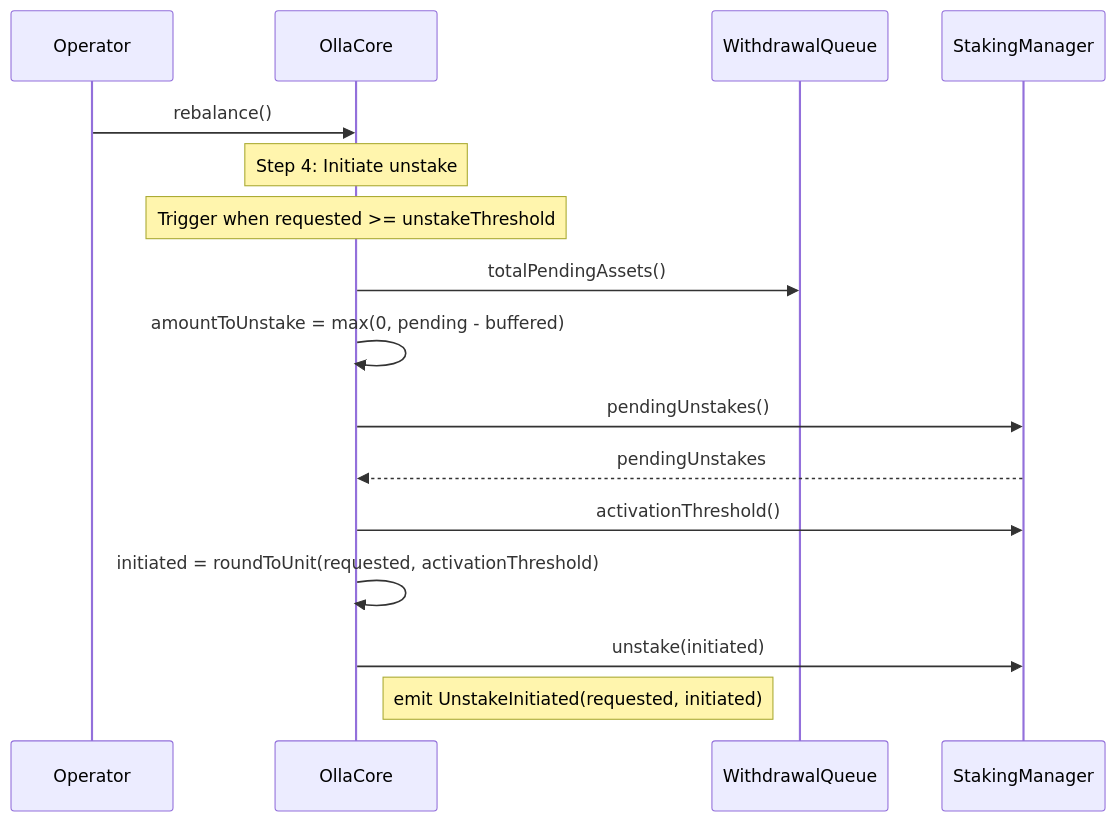
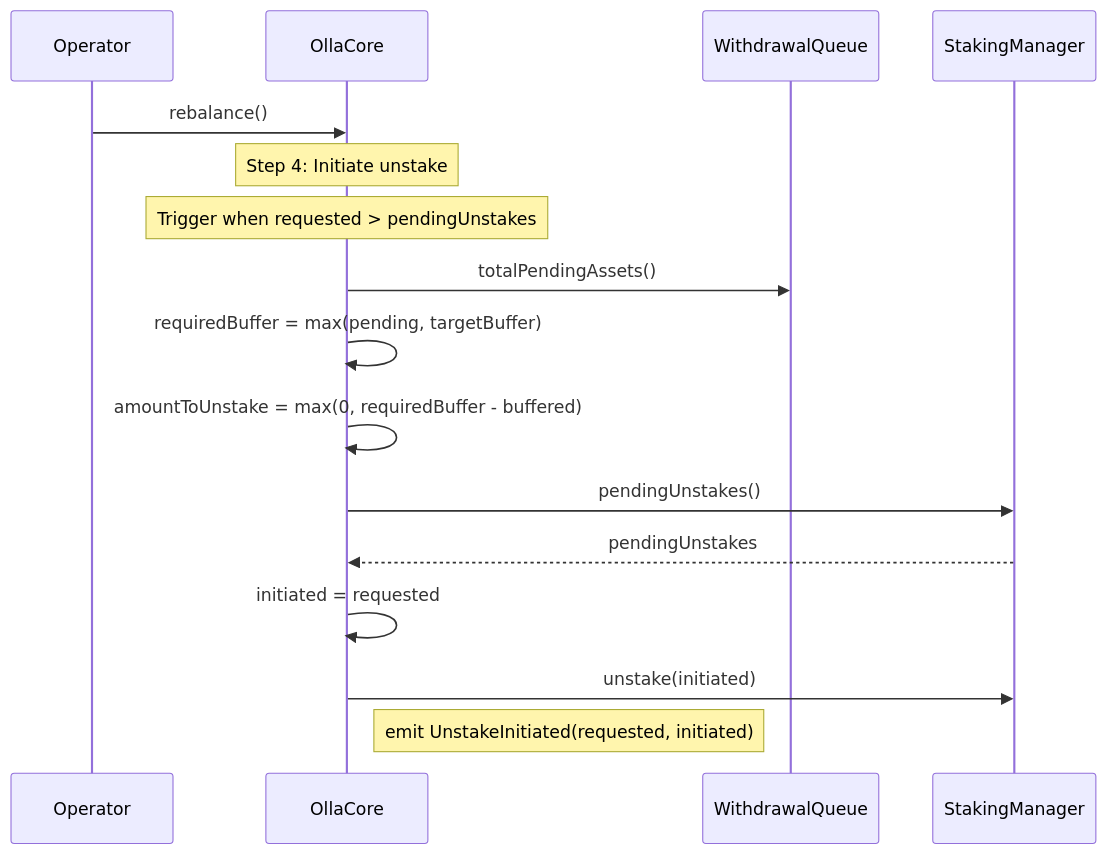
The seventh of 9 diagrams in mermaid-diagrams.md (ollafinance/core), drawn with Mermaid before and after one commit. The commit also changed other lines of this file and 1 other file, not shown here.

Commit message:
update diagrams

````diff
--- a/mermaid-diagrams.md
+++ b/mermaid-diagrams.md
@@ -239,19 +240,19 @@
 ```mermaid
 sequenceDiagram
     participant OP as Operator
     participant C as OllaCore
     participant WQ as WithdrawalQueue
     participant SM as StakingManager
 
     OP->>C: rebalance()
     Note over C: Step 4: Initiate unstake
-    Note over C: Trigger when requested >= unstakeThreshold
+    Note over C: Trigger when requested > pendingUnstakes
     C->>WQ: totalPendingAssets()
-    C->>C: amountToUnstake = max(0, pending - buffered)
+    C->>C: requiredBuffer = max(pending, targetBuffer)
+    C->>C: amountToUnstake = max(0, requiredBuffer - buffered)
     C->>SM: pendingUnstakes()
     SM-->>C: pendingUnstakes
-    C->>SM: activationThreshold()
-    C->>C: initiated = roundToUnit(requested, activationThreshold)
+    C->>C: initiated = requested
     C->>SM: unstake(initiated)
     Note right of C: emit UnstakeInitiated(requested, initiated)
 ```
````
